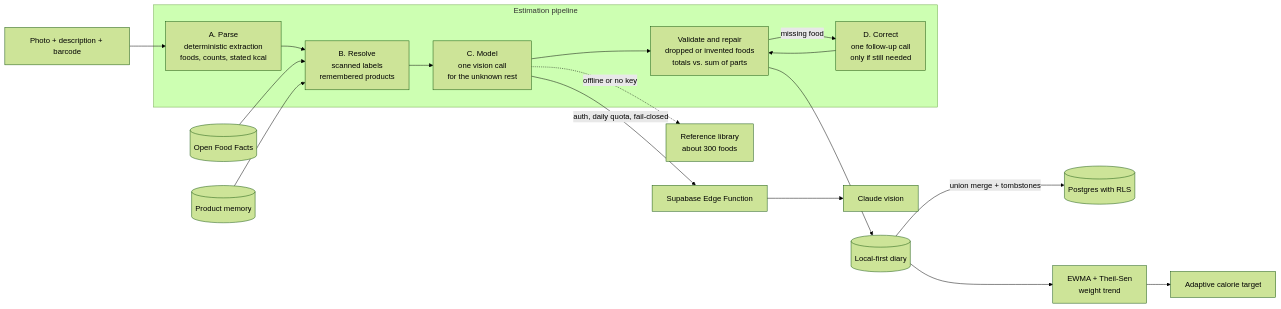
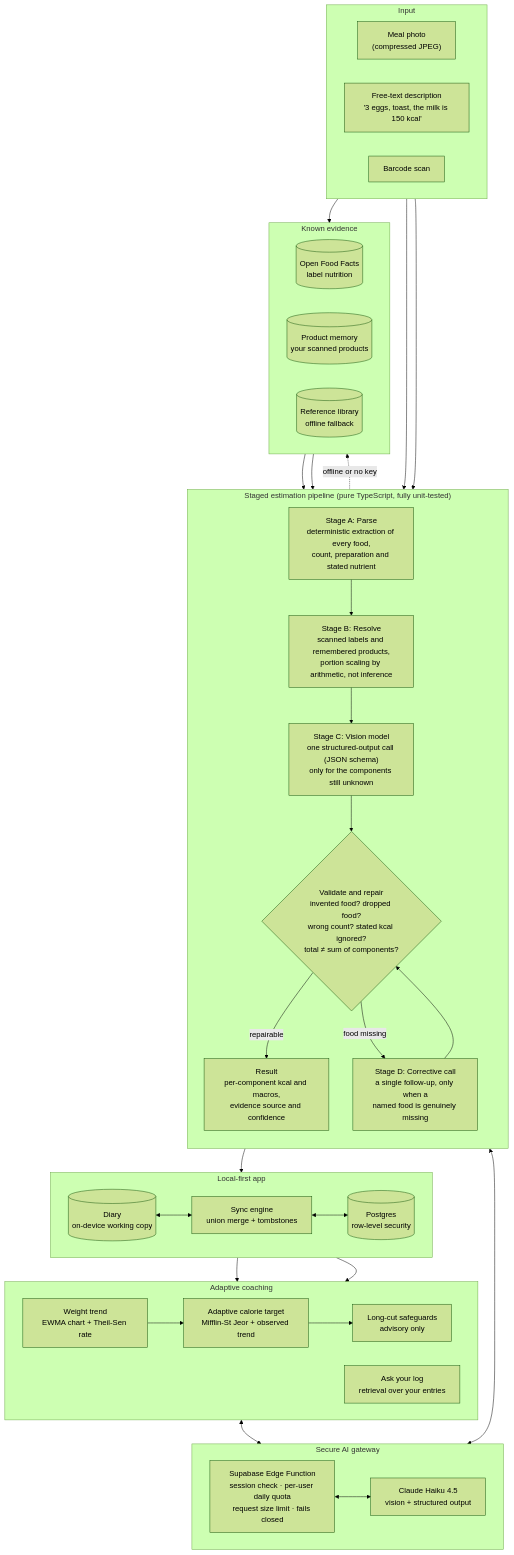
Before and after one commit to gabercmatej/AI-calorie-tracker-app: the diagram in README.md, drawn with Mermaid (forest theme). The commit also changed other lines of this file, not shown here.

Commit message:
docs: expanded AI architecture and explanation; no emojis

````diff
--- a/README.md
+++ b/README.md
@@ -45,23 +49,65 @@
 ```mermaid
-flowchart LR
-  INPUT["Photo + description + barcode"] --> A
-
-  subgraph PIPE["Estimation pipeline"]
-    A["A. Parse<br/>deterministic extraction<br/>foods, counts, stated kcal"]
-    B["B. Resolve<br/>scanned labels<br/>remembered products"]
-    C["C. Model<br/>one vision call<br/>for the unknown rest"]
-    V["Validate and repair<br/>dropped or invented foods<br/>totals vs. sum of parts"]
-    D["D. Correct<br/>one follow-up call<br/>only if still needed"]
-    A --> B --> C --> V
-    V -->|missing food| D --> V
+flowchart TB
+  subgraph INPUT["Input"]
+    direction LR
+    PH["Meal photo<br/>(compressed JPEG)"]
+    TX["Free-text description<br/>'3 eggs, toast, the milk is 150 kcal'"]
+    BC["Barcode scan"]
   end
 
-  OFF[("Open Food Facts")] --> B
-  MEM[("Product memory")] --> B
-  C -->|auth, daily quota, fail-closed| EDGE["Supabase Edge Function"] --> LLM["Claude vision"]
-  C -.->|offline or no key| LIB["Reference library<br/>about 300 foods"]
+  subgraph PIPE["Staged estimation pipeline (pure TypeScript, fully unit-tested)"]
+    direction TB
+    A["Stage A: Parse<br/>deterministic extraction of every food,<br/>count, preparation and stated nutrient"]
+    B["Stage B: Resolve<br/>scanned labels and remembered products,<br/>portion scaling by arithmetic, not inference"]
+    C["Stage C: Vision model<br/>one structured-output call (JSON schema)<br/>only for the components still unknown"]
+    V{"Validate and repair<br/>invented food? dropped food?<br/>wrong count? stated kcal ignored?<br/>total ≠ sum of components?"}
+    D["Stage D: Corrective call<br/>a single follow-up, only when a<br/>named food is genuinely missing"]
+    R["Result<br/>per-component kcal and macros,<br/>evidence source and confidence"]
+    A --> B --> C --> V
+    V -->|repairable| R
+    V -->|food missing| D --> V
+  end
 
-  V --> DIARY[("Local-first diary")]
-  DIARY -->|union merge + tombstones| CLOUD[("Postgres with RLS")]
-  DIARY --> TREND["EWMA + Theil-Sen<br/>weight trend"] --> PLAN["Adaptive calorie target"]
+  subgraph KNOW["Known evidence"]
+    direction LR
+    OFF[("Open Food Facts<br/>label nutrition")]
+    MEM[("Product memory<br/>your scanned products")]
+    LIB[("Reference library<br/>offline fallback")]
+  end
+
+  subgraph CLOUD["Secure AI gateway"]
+    direction LR
+    EDGE["Supabase Edge Function<br/>session check · per-user daily quota<br/>request size limit · fails closed"]
+    LLM["Claude Haiku 4.5<br/>vision + structured output"]
+    EDGE <--> LLM
+  end
+
+  subgraph APP["Local-first app"]
+    direction LR
+    DIARY[("Diary<br/>on-device working copy")]
+    SYNC["Sync engine<br/>union merge + tombstones"]
+    DB[("Postgres<br/>row-level security")]
+    DIARY <--> SYNC <--> DB
+  end
+
+  subgraph COACH["Adaptive coaching"]
+    direction LR
+    TREND["Weight trend<br/>EWMA chart + Theil-Sen rate"]
+    PLAN["Adaptive calorie target<br/>Mifflin-St Jeor + observed trend"]
+    SAFE["Long-cut safeguards<br/>advisory only"]
+    ASK["Ask your log<br/>retrieval over your entries"]
+    TREND --> PLAN --> SAFE
+  end
+
+  PH --> A
+  TX --> A
+  BC --> OFF
+  OFF --> B
+  MEM --> B
+  C <--> EDGE
+  C -.->|offline or no key| LIB
+  R --> DIARY
+  DIARY --> TREND
+  DIARY --> ASK
+  ASK <--> EDGE
 ```
````
